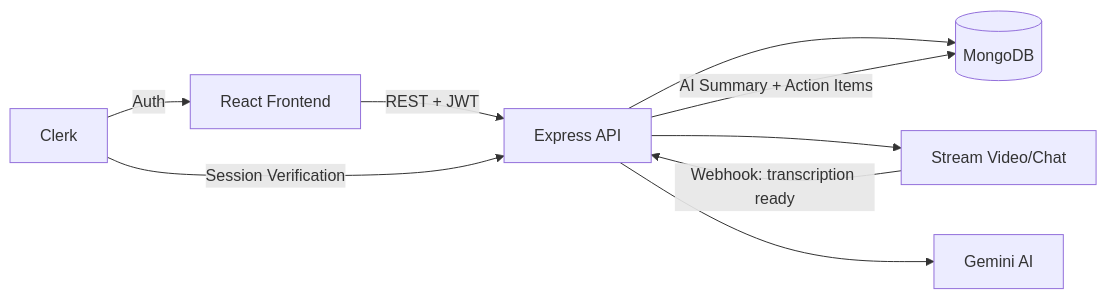
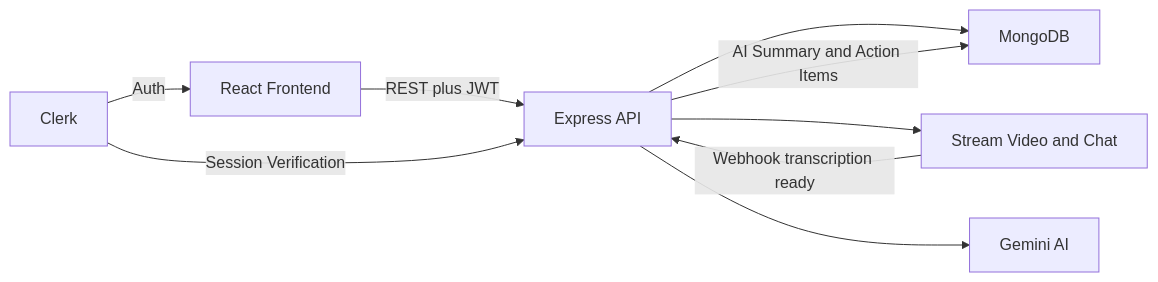
One commit to TechShashank7/IntellMeet changed the diagram in README.md. Above: the diagram before and after it, drawn with Mermaid.

````diff
--- a/README.md
+++ b/README.md
@@ -66,11 +66,11 @@
 ```mermaid
 flowchart LR
-    A[React Frontend] -- REST + JWT --> B[Express API]
-    B --> C[(MongoDB)]
-    B --> D[Stream Video/Chat]
+    A[React Frontend] -->|REST plus JWT| B[Express API]
+    B --> C[MongoDB]
+    B --> D[Stream Video and Chat]
     B --> E[Gemini AI]
-    D -- Webhook: transcription ready --> B
-    B -- AI Summary + Action Items --> C
-    F[Clerk] -- Auth --> A
-    F -- Session Verification --> B
+    D -->|Webhook transcription ready| B
+    B -->|AI Summary and Action Items| C
+    F[Clerk] -->|Auth| A
+    F -->|Session Verification| B
 ```
````
